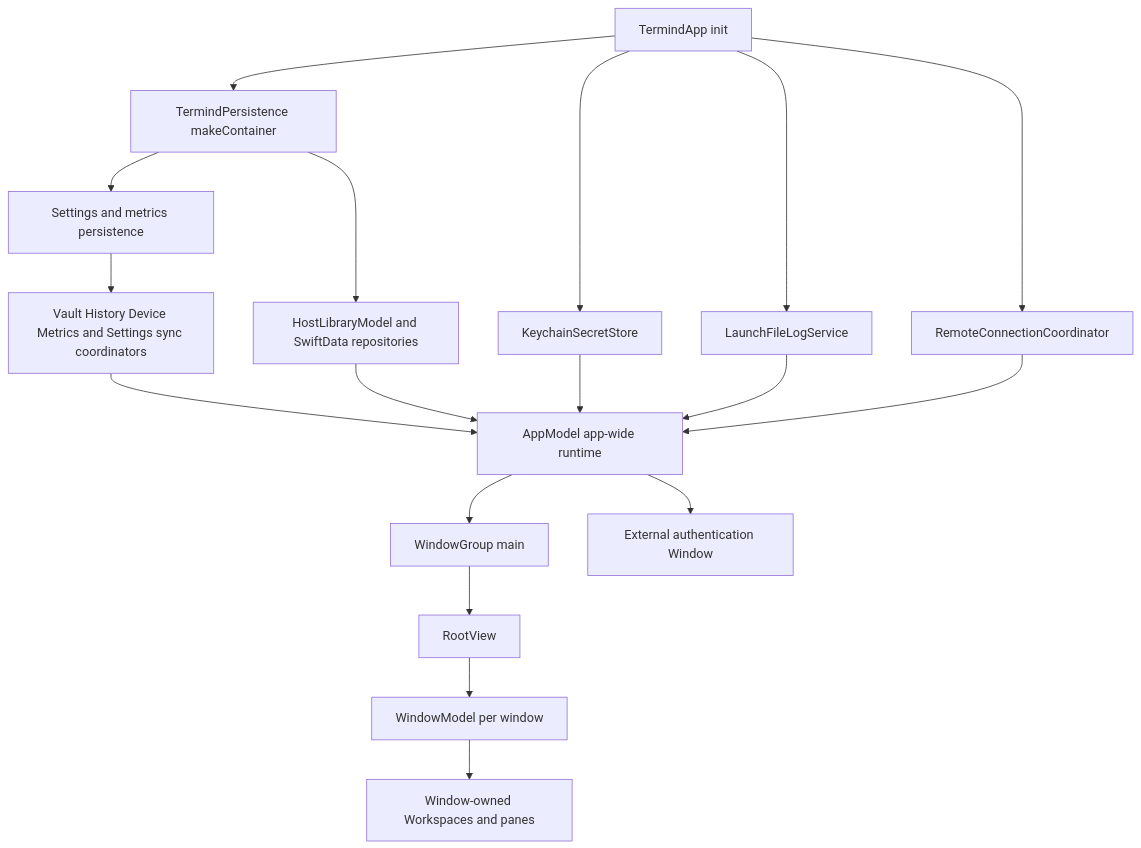
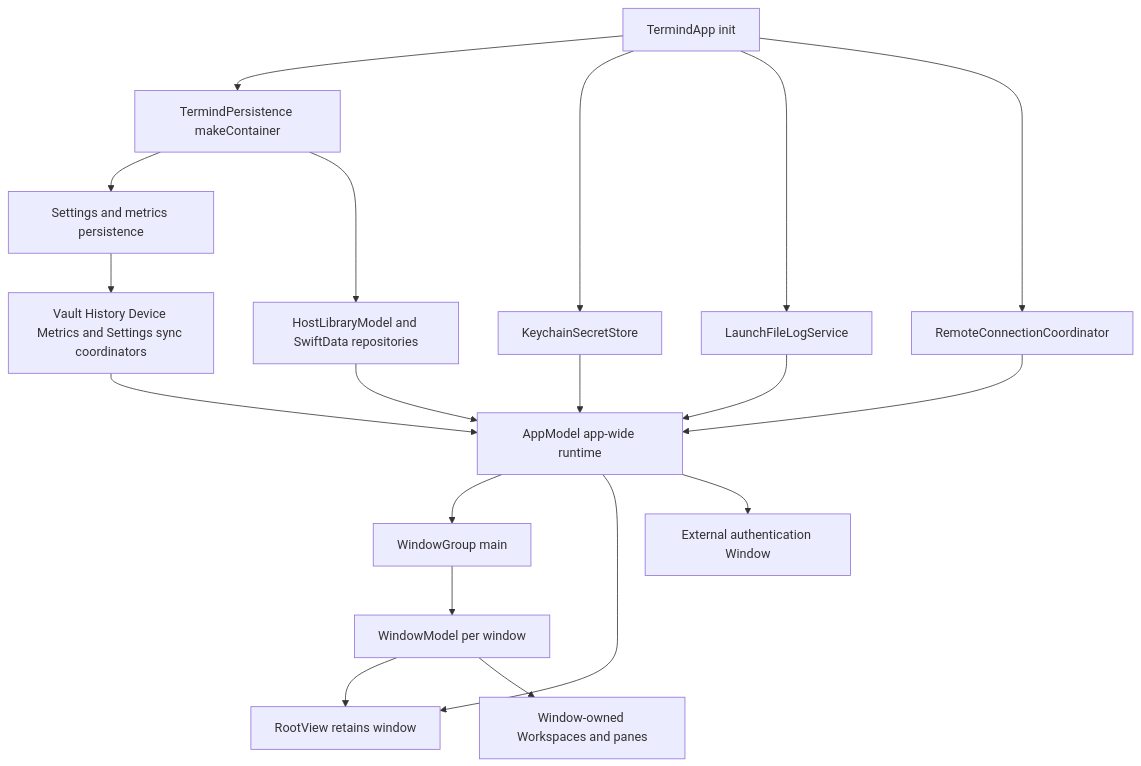
One commit to AkinoKaede/Termind changed the first of 4 diagrams in openwiki/architecture/platform-runtime.md. Above: the diagram before and after it, drawn with Mermaid. The commit also changed other lines of this file and 49 other files, not shown here.

````diff
--- a/openwiki/architecture/platform-runtime.md
+++ b/openwiki/architecture/platform-runtime.md
@@ -119,20 +119,21 @@
 ```mermaid
 flowchart TD
     Launch["TermindApp init"] --> Store["TermindPersistence makeContainer"]
     Store --> Persistence["Settings and metrics persistence"]
     Store --> Hosts["HostLibraryModel and SwiftData repositories"]
     Launch --> Secrets["KeychainSecretStore"]
     Launch --> Logging["LaunchFileLogService"]
     Launch --> Remote["RemoteConnectionCoordinator"]
     Persistence --> Sync["Vault History Device Metrics and Settings sync coordinators"]
     Hosts --> App["AppModel app-wide runtime"]
     Secrets --> App
     Logging --> App
     Remote --> App
     Sync --> App
     App --> Group["WindowGroup main"]
-    Group --> Root["RootView"]
-    Root --> Window["WindowModel per window"]
+    Group --> Window["WindowModel per window"]
+    Window --> Root["RootView retains window"]
+    App --> Root
     Window --> Workspace["Window-owned Workspaces and panes"]
     App --> AuthWindow["External authentication Window"]
 ```
````
